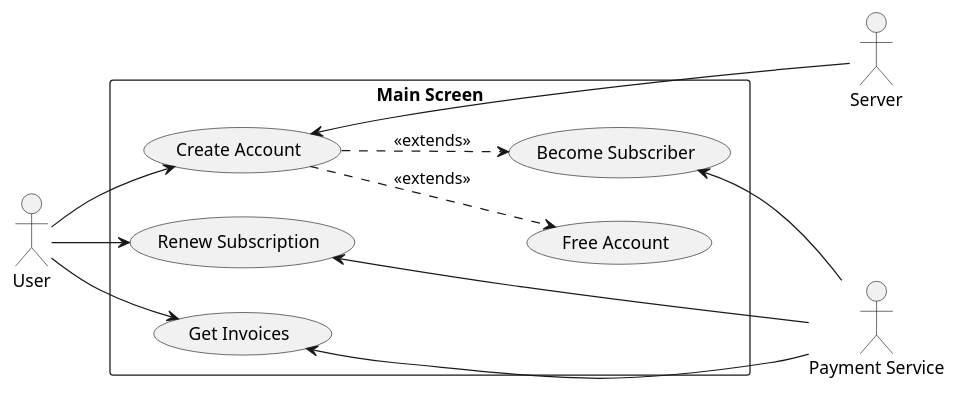
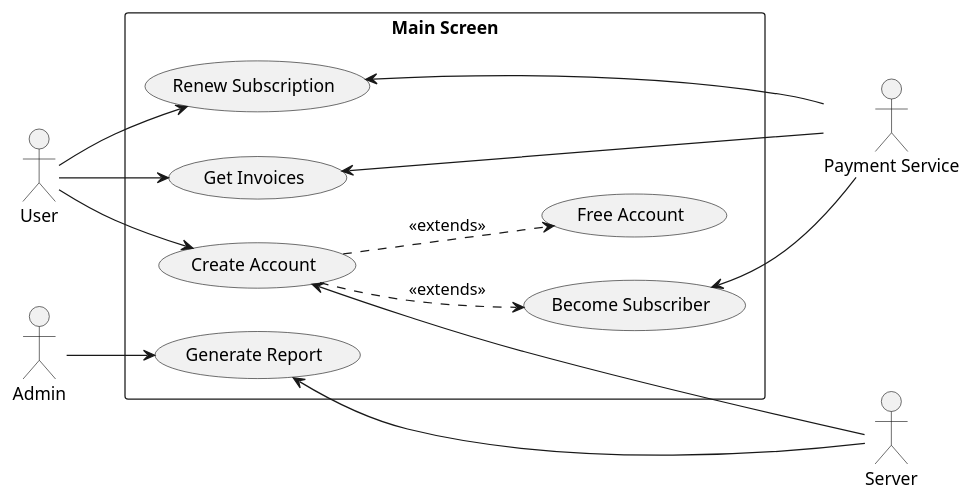
Before and after one commit to eugercek/video-gui: the second of 2 diagrams in doc/UML/README.org, drawn with PlantUML. The commit also changed other lines of this file and 2 other files, not shown here.

Commit message:
doc(UML): Add "Generate Report" use-case

```diff
--- a/doc/UML/README.org
+++ b/doc/UML/README.org
@@ -28,27 +29,32 @@
 #+begin_src plantuml
 left to right direction
 actor User
 actor Server
-actor paymentService as "Payment Service"
+actor PaymentService as "Payment Service"
+actor Admin
 
 rectangle "Main Screen"{
         usecase createAccount as "Create Account"
         usecase renew as "Renew Subscription"
         usecase invoice as "Get Invoices"
 
         User --> createAccount
 
         createAccount ..> (Become Subscriber)  : <<extends>>
         createAccount ..> (Free Account)  : <<extends>>
 
         createAccount <--- Server
-        (Become Subscriber) <-- paymentService
+        (Become Subscriber) <-- PaymentService
 
         User --> renew
-        renew <-- paymentService
+        renew <-- PaymentService
 
         User --> invoice
-        invoice <-- paymentService
+        invoice <-- PaymentService
+
+        Admin --> (Generate Report)
+        (Generate Report) <-- Server
+
 
 }
 #+end_src
```
